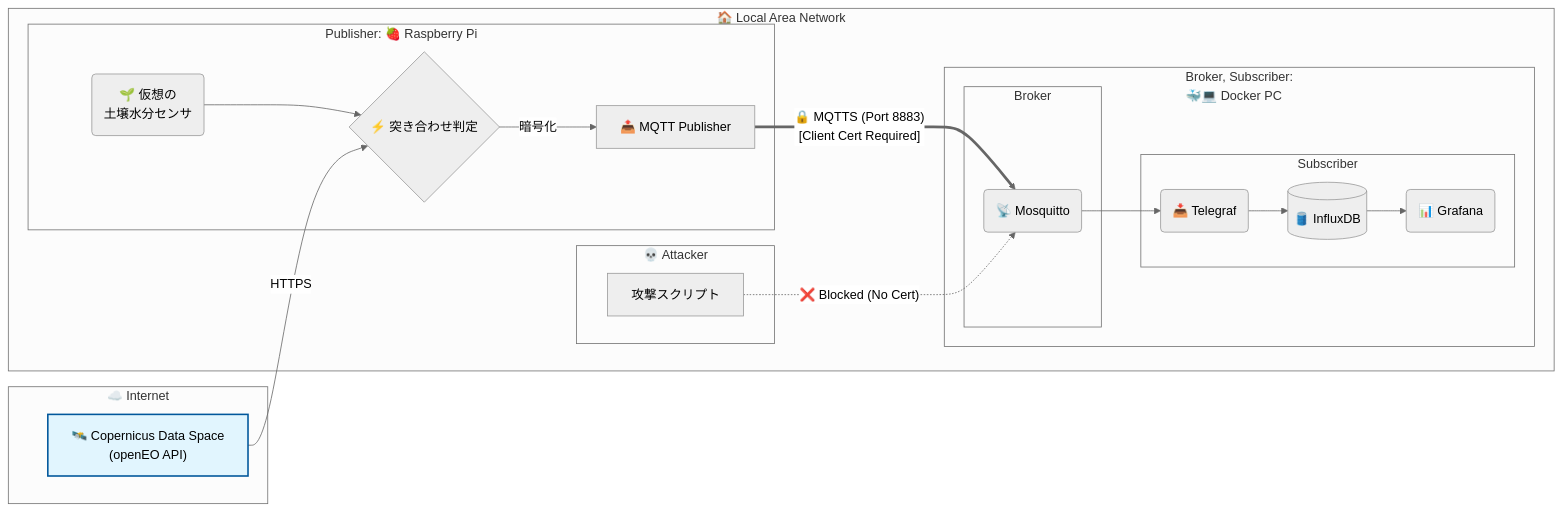
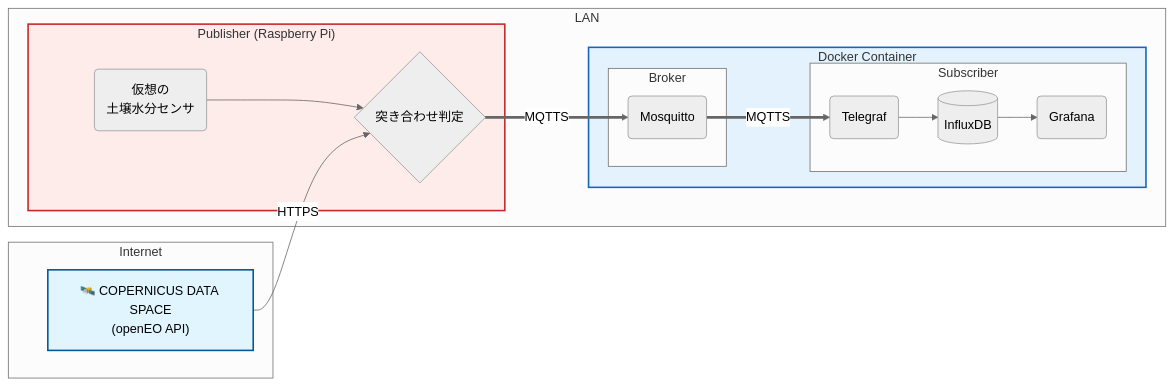
Before and after one commit to ShotaSasaki-HU/iot-agri-monitor: the diagram in docs/system_overview.mmd, drawn with Mermaid (neutral theme).

Commit message:
docs: system_overview.mmd

```diff
--- a/docs/system_overview.mmd
+++ b/docs/system_overview.mmd
@@ -1,45 +1,39 @@
 ---
 config:
   layout: dagre
 ---
 flowchart LR
- subgraph WAN["☁️ Internet"]
-        CDSE["🛰️ Copernicus Data Space<br>(openEO API)"]
+ subgraph WAN["Internet"]
+        CDSE["🛰️ COPERNICUS DATA SPACE<br>(openEO API)"]
   end
- subgraph Edge["Publisher: 🍓 Raspberry Pi"]
-        Logic{"⚡ 突き合わせ判定"}
-        Sensor("🌱 仮想の<br>土壌水分センサ")
-        MQTT_Pub["📤 MQTT Publisher"]
+ subgraph Edge["Publisher (Raspberry Pi)"]
+        Logic{"突き合わせ判定"}
+        Sensor("仮想の<br>土壌水分センサ")
   end
- subgraph Server["Broker, Subscriber:<br>🐳💻 Docker PC"]
+ subgraph Server["Docker Container"]
         subgraph Broker["Broker"]
-            Mosquitto("📡 Mosquitto")
+            Mosquitto("Mosquitto")
         end
         subgraph Subscriber["Subscriber"]
-            Telegraf("📥 Telegraf")
-            DB[("🛢️ InfluxDB")]
-            Dash("📊 Grafana")
+            Telegraf("Telegraf")
+            DB[("InfluxDB")]
+            Dash("Grafana")
         end
   end
- subgraph Evil["💀 Attacker"]
-        Script["攻撃スクリプト"]
-  end
- subgraph LAN["🏠 Local Area Network"]
+ subgraph LAN["LAN"]
         Edge
         Server
-        Evil
   end
     Sensor --> Logic
     CDSE -- HTTPS --> Logic
-    Logic -- 暗号化 --> MQTT_Pub
-    MQTT_Pub == 🔒 MQTTS (Port 8883)<br>[Client Cert Required] ==> Mosquitto
-    Mosquitto --> Telegraf
+    Logic == MQTTS ==> Mosquitto
+    Mosquitto == MQTTS ==> Telegraf
     Telegraf --> DB
     DB --> Dash
-    Script -. ❌ Blocked (No Cert) .-> Mosquitto
 
-     CDSE:::internet
+      CDSE:::internet
     classDef internet fill:#e1f5fe,stroke:#01579b,stroke-width:2px
-    classDef edge fill:#e8f5e9,stroke:#2e7d32,stroke-width:2px
-    classDef server fill:#fff3e0,stroke:#e65100,stroke-width:2px
-    classDef attack fill:#ffebee,stroke:#c62828,stroke-width:2px
+      Edge:::edge
+    classDef edge fill:#fdecea,stroke:#c62828,stroke-width:2px
+      Server:::server
+    classDef server fill:#e3f2fd,stroke:#1565c0,stroke-width:2px
```
